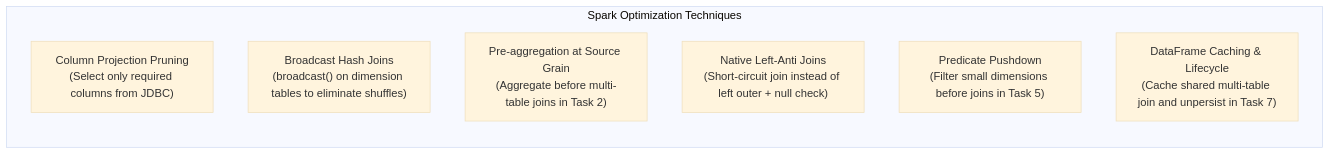
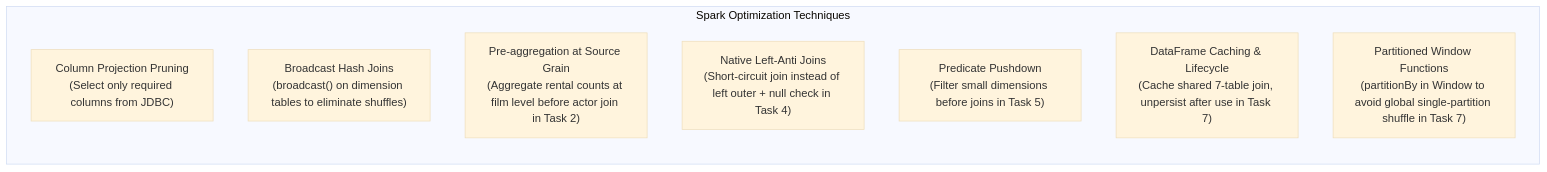
The second of 3 diagrams in README.md (vbuyel/inno_spark), drawn with Mermaid (base theme) before and after one commit. The commit also changed other lines of this file, not shown here.

````diff
--- a/README.md
+++ b/README.md
@@ -114,12 +114,13 @@
 ```mermaid
 graph LR
     subgraph Optimizations ["Spark Optimization Techniques"]
         direction TB
         OPT1["Column Projection Pruning\n(Select only required columns from JDBC)"]
         OPT2["Broadcast Hash Joins\n(broadcast() on dimension tables to eliminate shuffles)"]
-        OPT3["Pre-aggregation at Source Grain\n(Aggregate before multi-table joins in Task 2)"]
-        OPT4["Native Left-Anti Joins\n(Short-circuit join instead of left outer + null check)"]
+        OPT3["Pre-aggregation at Source Grain\n(Aggregate rental counts at film level before actor join in Task 2)"]
+        OPT4["Native Left-Anti Joins\n(Short-circuit join instead of left outer + null check in Task 4)"]
         OPT5["Predicate Pushdown\n(Filter small dimensions before joins in Task 5)"]
-        OPT6["DataFrame Caching & Lifecycle\n(Cache shared multi-table join and unpersist in Task 7)"]
+        OPT6["DataFrame Caching & Lifecycle\n(Cache shared 7-table join, unpersist after use in Task 7)"]
+        OPT7["Partitioned Window Functions\n(partitionBy in Window to avoid global single-partition shuffle in Task 7)"]
     end
 ```
````
